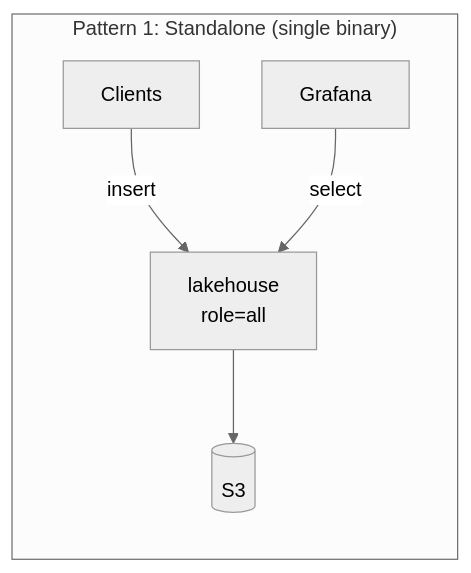
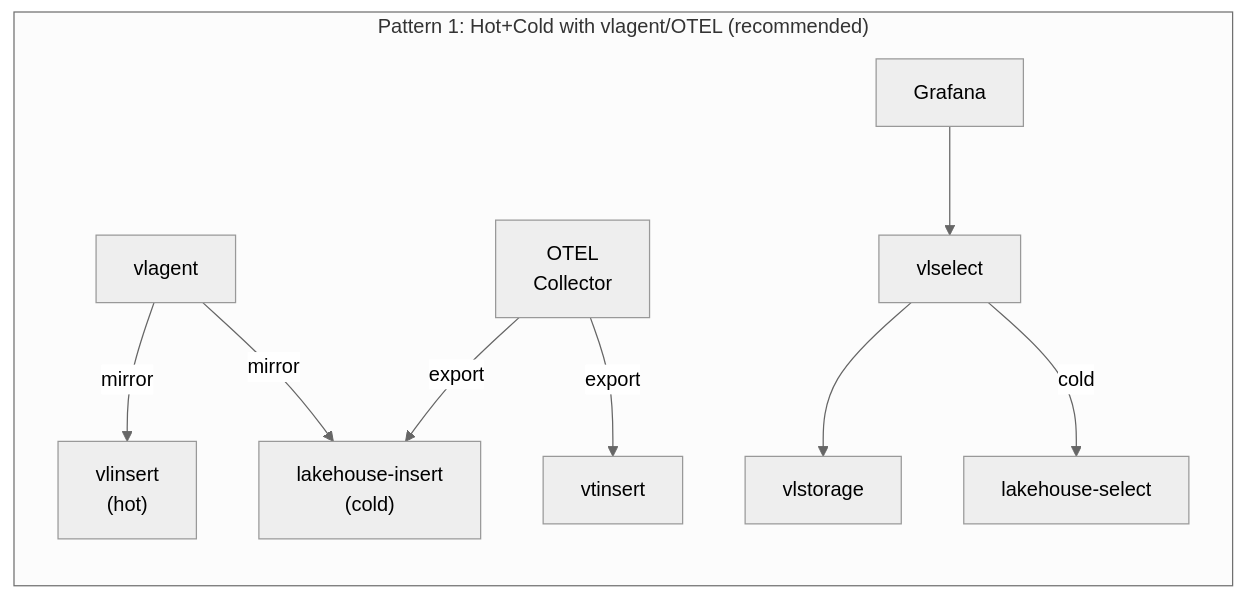
Before and after one commit to ReliablyObserve/victoria-lakehouse: the fourth of 8 diagrams in README.md, drawn with Mermaid (neutral theme). The commit also changed other lines of this file and 5 other files, not shown here.

First line of the commit message:
docs: add deployment architecture, analytics, and use cases

````diff
--- a/README.md
+++ b/README.md
@@ -176,8 +180,12 @@
 ```mermaid
 graph LR
-    subgraph "Pattern 1: Standalone (single binary)"
-        C1["Clients"] -->|insert| LH1["lakehouse<br/>role=all"]
-        G1["Grafana"] -->|select| LH1
-        LH1 --> S1[("S3")]
+    subgraph "Pattern 1: Hot+Cold with vlagent/OTEL (recommended)"
+        VA["vlagent"] -->|mirror| VLI["vlinsert<br/>(hot)"]
+        VA -->|mirror| LHI["lakehouse-insert<br/>(cold)"]
+        OC["OTEL<br/>Collector"] -->|export| VTI["vtinsert"]
+        OC -->|export| LHI
+        G1["Grafana"] --> VS1["vlselect"]
+        VS1 --> VLS1["vlstorage"]
+        VS1 -->|cold| LHS1["lakehouse-select"]
     end
 ```
````
